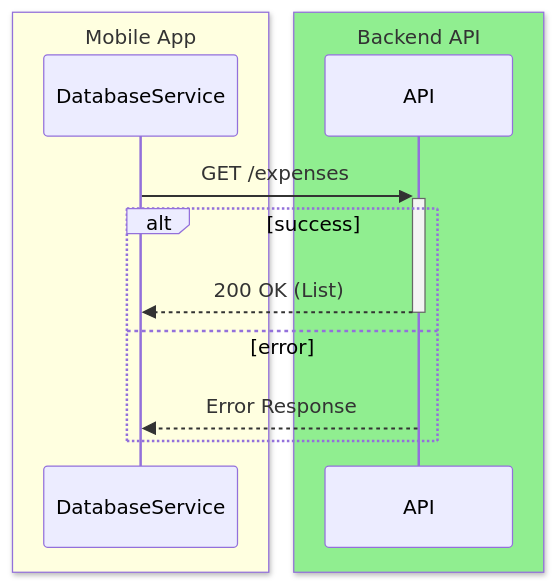
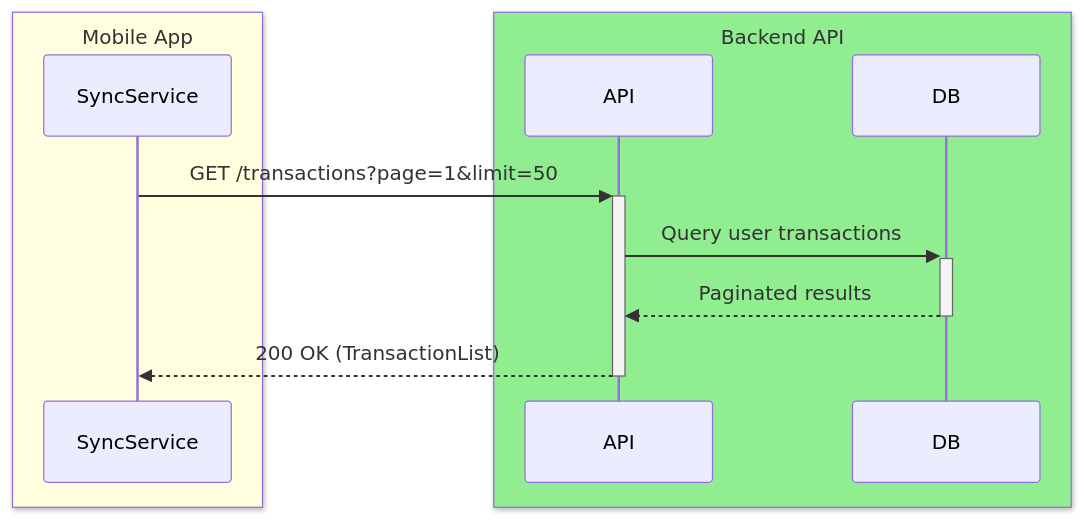
The fourth of 11 diagrams in docs/apps/mobile/FLUTTER_API_SPEC.md (tintinap/personal-expenses-tracker), drawn with Mermaid before and after one commit. The commit also changed other lines of this file and 37 other files, not shown here.

````diff
--- a/docs/apps/mobile/FLUTTER_API_SPEC.md
+++ b/docs/apps/mobile/FLUTTER_API_SPEC.md
@@ -82,16 +237,15 @@
 ```mermaid
 sequenceDiagram
     box LightYellow Mobile App
-    participant DatabaseService
+    participant SyncService
     end
     box LightGreen Backend API
     participant API
+    participant DB
     end
-    
-    DatabaseService->>+API: GET /expenses
-    alt success
-        API-->>-DatabaseService: 200 OK (List)
-    else error
-        API-->>DatabaseService: Error Response
-    end
+
+    SyncService->>+API: GET /transactions?page=1&limit=50
+    API->>+DB: Query user transactions
+    DB-->>-API: Paginated results
+    API-->>-SyncService: 200 OK (TransactionList)
 ```
````
